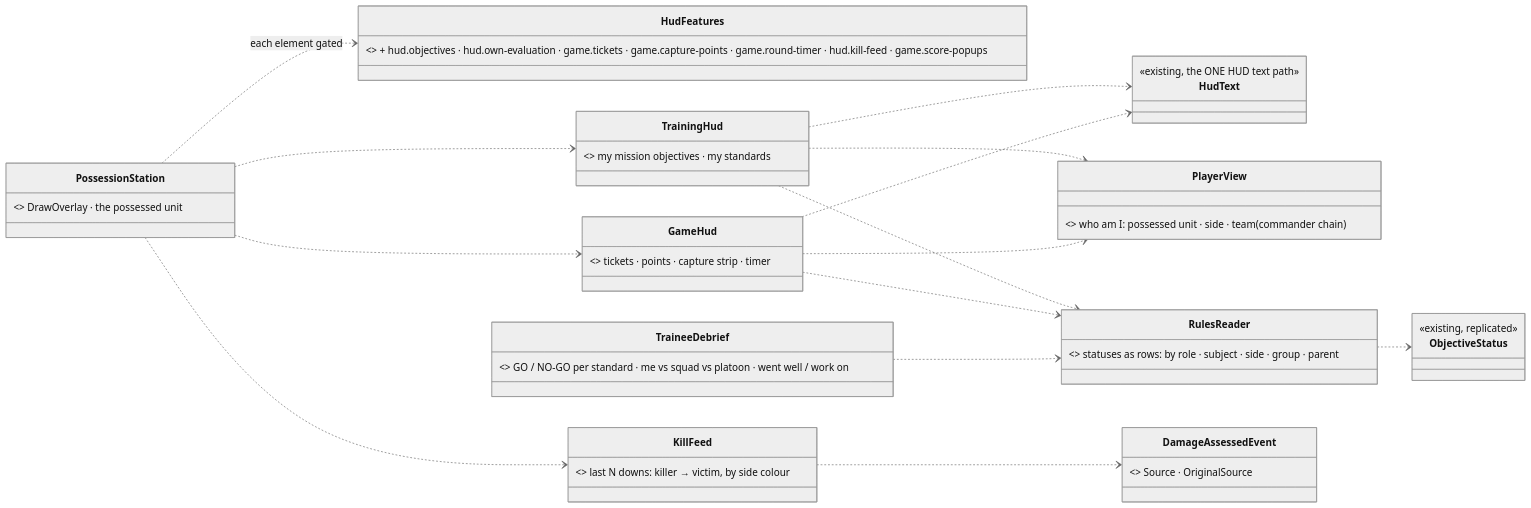
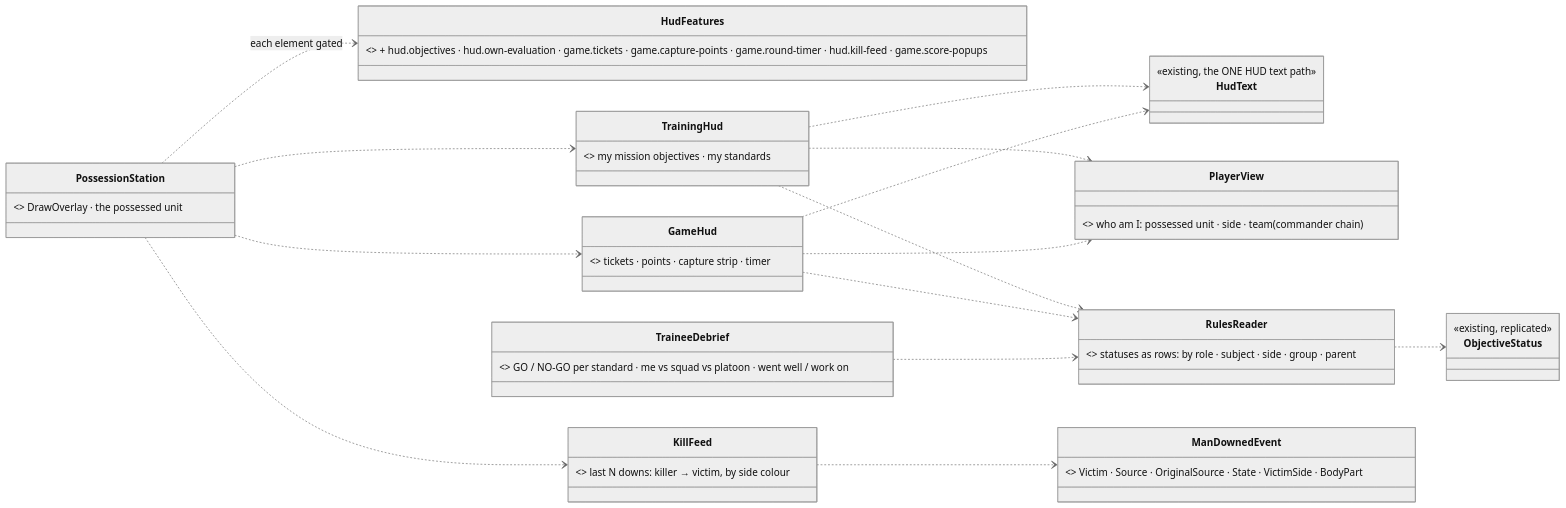
The first of 2 diagrams in docs/DESIGN_Player_HUD_And_Debrief.md (pjanec/HROT), drawn with Mermaid (neutral theme) before and after one commit. The commit also changed other lines of this file and 2 other files, not shown here.

First line of the commit message:
Design after merging behaviors (+backend): RV-4 is built by behaviors; the summary (R3) reads Pass / SelectionMean / the score lane / S7 now; casualties, kill feed and debrief moments read ManDownedEvent (CE-3364); note to behaviors: dtManDowned + a combat.downed lane

````diff
--- a/docs/DESIGN_Player_HUD_And_Debrief.md
+++ b/docs/DESIGN_Player_HUD_And_Debrief.md
@@ -39,28 +40,28 @@
 ```mermaid
 classDiagram
     direction LR
     class PossessionStation { <<existing>> DrawOverlay · the possessed unit }
     class HudText { <<existing, the ONE HUD text path>> }
     class HudFeatures { <<existing, grows>> + hud.objectives · hud.own-evaluation · game.tickets · game.capture-points · game.round-timer · hud.kill-feed · game.score-popups }
     class PlayerView { <<NEW, pure>> who am I: possessed unit · side · team (commander chain) }
     class RulesReader { <<NEW, pure, shared>> statuses as rows: by role · subject · side · group · parent }
     class TrainingHud { <<NEW, pure model + draw>> my mission objectives · my standards }
     class GameHud { <<NEW, pure model + draw>> tickets · points · capture strip · timer }
     class KillFeed { <<NEW, pure model>> last N downs: killer → victim, by side colour }
     class TraineeDebrief { <<NEW window>> GO / NO-GO per standard · me vs squad vs platoon · went well / work on }
     class ObjectiveStatus { <<existing, replicated>> }
-    class DamageAssessedEvent { <<existing>> Source · OriginalSource }
+    class ManDownedEvent { <<behaviors, CE-3364>> Victim · Source · OriginalSource · State · VictimSide · BodyPart }
     PossessionStation ..> TrainingHud
     PossessionStation ..> GameHud
     PossessionStation ..> KillFeed
     TrainingHud ..> RulesReader
     GameHud ..> RulesReader
     TraineeDebrief ..> RulesReader
     RulesReader ..> ObjectiveStatus
-    KillFeed ..> DamageAssessedEvent
+    KillFeed ..> ManDownedEvent
     TrainingHud ..> PlayerView
     GameHud ..> PlayerView
     TrainingHud ..> HudText
     GameHud ..> HudText
     PossessionStation ..> HudFeatures : each element gated
 ```
````
